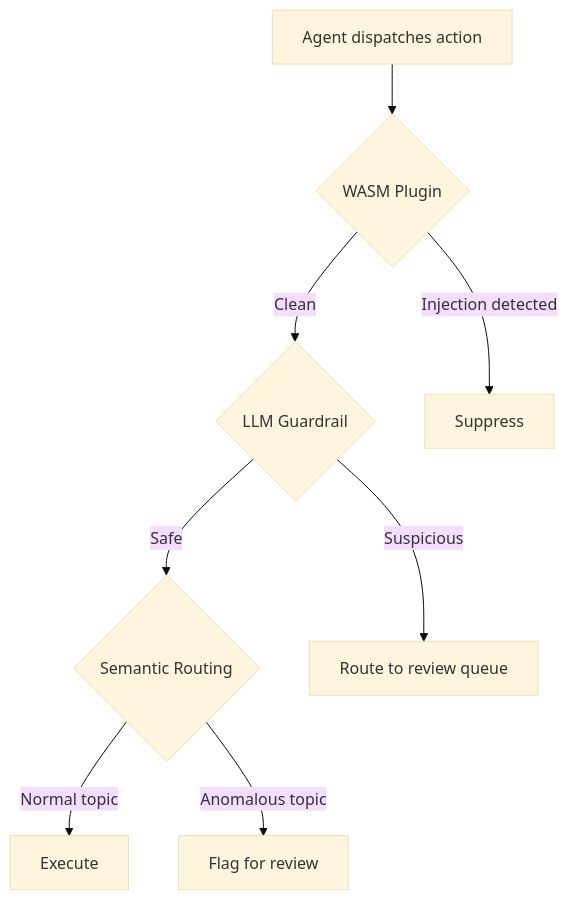
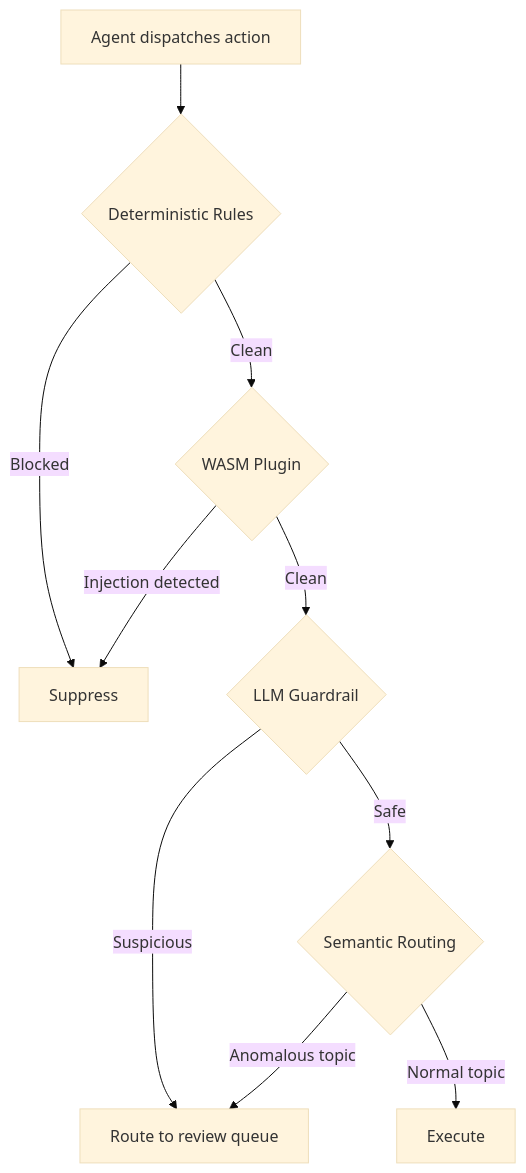
One commit to penserai/acteon changed the second of 8 diagrams in docs/book/guides/agent-swarm-coordination.md. Above: the diagram before and after it, drawn with Mermaid (base theme). The commit also changed other lines of this file, not shown here.

First line of the commit message:
docs: add deterministic rules as Layer 0 in injection defense

````diff
--- a/docs/book/guides/agent-swarm-coordination.md
+++ b/docs/book/guides/agent-swarm-coordination.md
@@ -274,10 +274,12 @@
 ```mermaid
 flowchart TD
-    A[Agent dispatches action] --> B{WASM Plugin}
-    B -->|Clean| C{LLM Guardrail}
-    B -->|Injection detected| D[Suppress]
-    C -->|Safe| E{Semantic Routing}
-    C -->|Suspicious| F[Route to review queue]
+    A[Agent dispatches action] --> B{Deterministic Rules}
+    B -->|Blocked| X[Suppress]
+    B -->|Clean| C{WASM Plugin}
+    C -->|Injection detected| X
+    C -->|Clean| D{LLM Guardrail}
+    D -->|Suspicious| F[Route to review queue]
+    D -->|Safe| E{Semantic Routing}
     E -->|Normal topic| G[Execute]
-    E -->|Anomalous topic| H[Flag for review]
+    E -->|Anomalous topic| F
 ```
````
